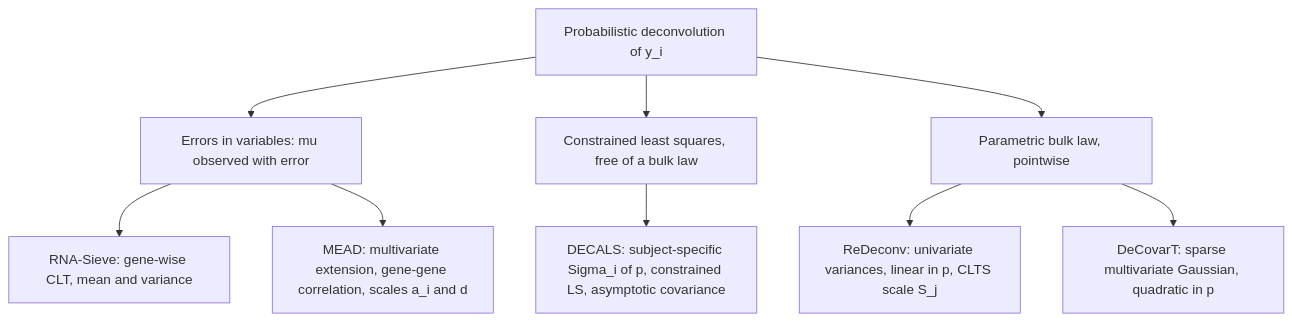
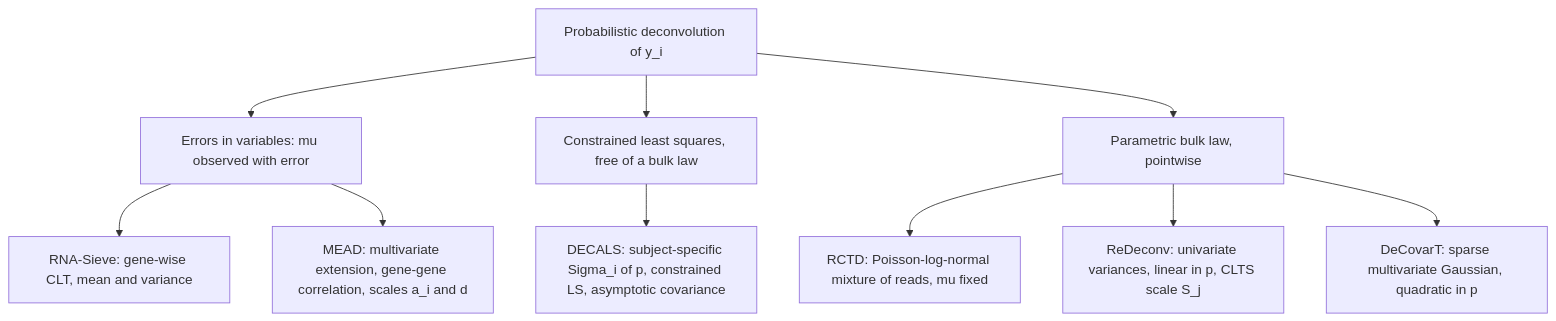
The fifth of 11 diagrams in articles/theory-decovart-statistical-perspectives.md (bastienchassagnol/DeCovarT), drawn with Mermaid before and after one commit. The commit also changed other lines of this file and 126 other files, not shown here.

````diff
--- a/articles/theory-decovart-statistical-perspectives.md
+++ b/articles/theory-decovart-statistical-perspectives.md
@@ -749,13 +757,14 @@
 ``` mermaid
 %%{init: {"theme": "sandstone", "flowchart": {"curve": "basis"}}}%%
 flowchart TD
   root["Probabilistic deconvolution of y_i"]
   root --> eiv["Errors in variables: mu observed with error"]
   root --> cls["Constrained least squares, free of a bulk law"]
   root --> par["Parametric bulk law, pointwise"]
   eiv --> sieve["RNA-Sieve: gene-wise CLT, mean and variance"]
   eiv --> mead["MEAD: multivariate extension, gene-gene correlation, scales a_i and d"]
   cls --> decals["DECALS: subject-specific Sigma_i of p, constrained LS, asymptotic covariance"]
+  par --> rctd["RCTD: Poisson-log-normal mixture of reads, mu fixed"]
   par --> rede["ReDeconv: univariate variances, linear in p, CLTS scale S_j"]
   par --> deco["DeCovarT: sparse multivariate Gaussian, quadratic in p"]
 ```
````
